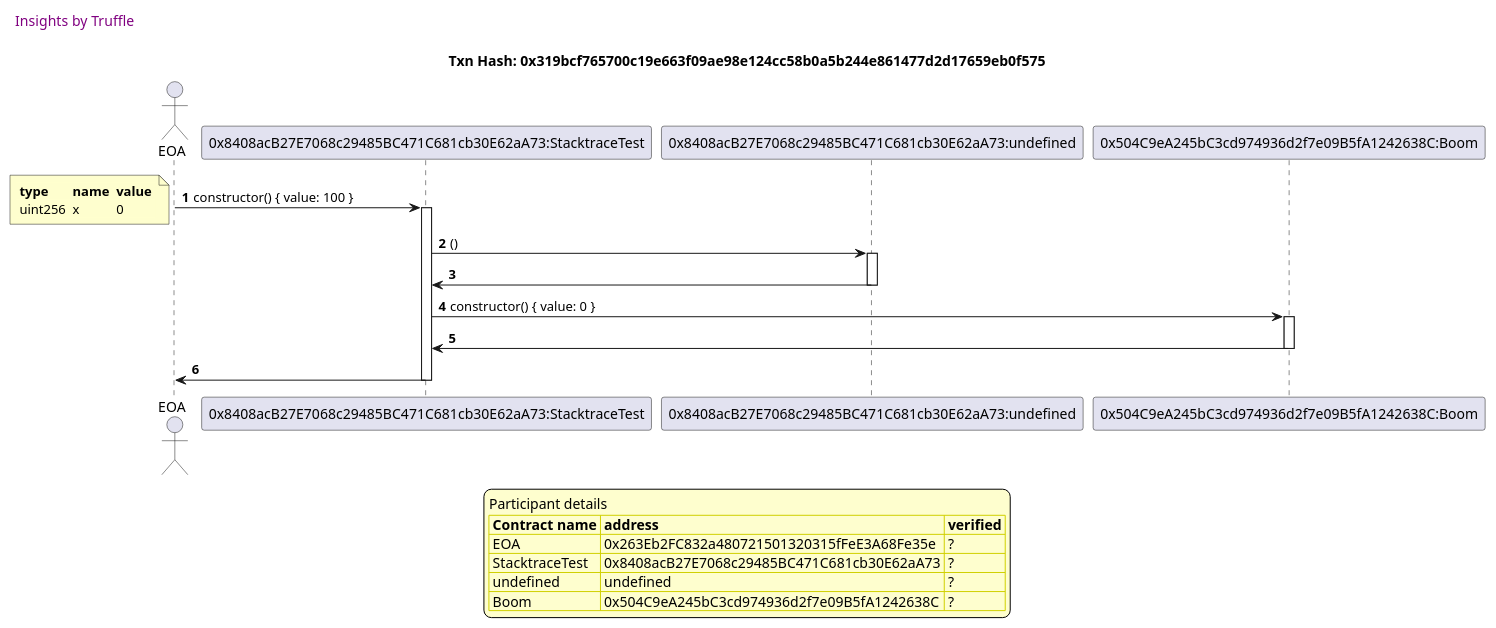
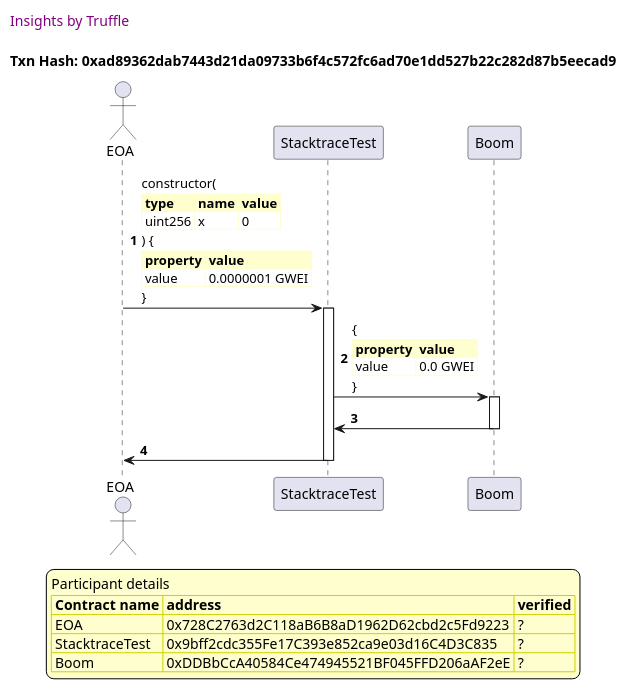
One commit to trufflesuite/txlog-seedlings changed the third of 11 diagrams in truffle-seq/stacktrace.test.md. Above: the diagram before and after it, drawn with PlantUML. The commit also changed other lines of this file and 5 other files, not shown here.

````diff
--- a/truffle-seq/stacktrace.test.md
+++ b/truffle-seq/stacktrace.test.md
@@ -126,54 +136,58 @@
 ```plantuml
+
+
 @startuml
 
 autonumber
-
 skinparam legendBackgroundColor #FEFECE
 
 <style>
-
-header {
-  HorizontalAlignment left
-  FontColor purple
-  FontSize 14
-  Padding 10
-}
-
-</style>
-
+      header {
+        HorizontalAlignment left
+        FontColor purple
+        FontSize 14
+        Padding 10
+      }
+    </style>
 
 header Insights by Truffle
 
-title Txn Hash: 0x319bcf765700c19e663f09ae98e124cc58b0a5b244e861477d2d17659eb0f575
+title Txn Hash: 0xad89362dab7443d21da09733b6f4c572fc6ad70e1dd527b22c282d87b5eecad9
+
 
 actor EOA as "EOA"
-participant StacktraceTest_01 as "0x8408acB27E7068c29485BC471C681cb30E62aA73:StacktraceTest"
-participant undefined_01 as "0x8408acB27E7068c29485BC471C681cb30E62aA73:undefined"
-participant Boom_01 as "0x504C9eA245bC3cd974936d2f7e09B5fA1242638C:Boom"
 
-EOA -> StacktraceTest_01 ++: constructor() { value: 100 }
-note left #FEFECE
-<#FEFECE,#FEFECE>|= type |= name |= value |
-| uint256 | x | 0 |
-end note
+participant StacktraceTest as "StacktraceTest"
 
-StacktraceTest_01 -> undefined_01 ++: () 
-undefined_01 -> StacktraceTest_01 --: 
-StacktraceTest_01 -> Boom_01 ++: constructor() { value: 0 }
-Boom_01 -> StacktraceTest_01 --: 
-StacktraceTest_01 -> EOA --: 
+participant Boom as "Boom"
+
+"EOA" -> "StacktraceTest" ++: constructor(\n\
+<#FEFECE,#FEFECE>|= type |= name |= value |\n\
+| uint256 | x | 0 |\n\
+) {\n\
+<#FEFECE,#FEFECE>|= property |= value|\n\
+| value | 0.0000001 GWEI |\n\
+}
+
+"StacktraceTest" -> "Boom" ++: {\n\
+<#FEFECE,#FEFECE>|= property |= value|\n\
+| value | 0.0 GWEI |\n\
+}
+
+"Boom" -> "StacktraceTest" --: 
+
+"StacktraceTest" -> "EOA" --: 
+
 
 
 legend
 Participant details
 <#FEFECE,#D0D000>|= Contract name |= address |= verified |
-<#FEFECE>| EOA | 0x263Eb2FC832a480721501320315fFeE3A68Fe35e | ? |
-<#FEFECE>| StacktraceTest | 0x8408acB27E7068c29485BC471C681cb30E62aA73 | ? |
-<#FEFECE>| undefined | undefined | ? |
-<#FEFECE>| Boom | 0x504C9eA245bC3cd974936d2f7e09B5fA1242638C | ? |
+<#FEFECE>| EOA | 0x728C2763d2C118aB6B8aD1962D62cbd2c5Fd9223 | ? |
+<#FEFECE>| StacktraceTest | 0x9bff2cdc355Fe17C393e852ca9e03d16C4D3C835 | ? |
+<#FEFECE>| Boom | 0xDDBbCcA40584Ce474945521BF045FFD206aAF2eE | ? |
 endlegend
-
 
 
 @enduml
 ```
````
